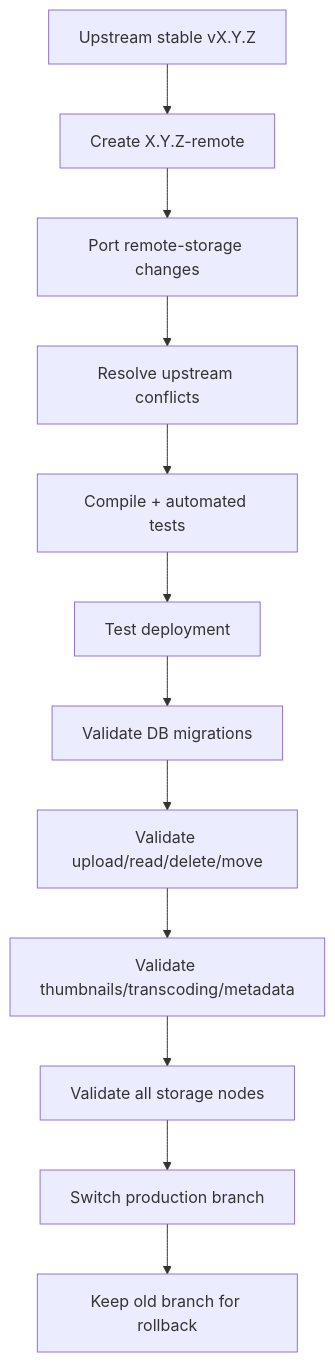
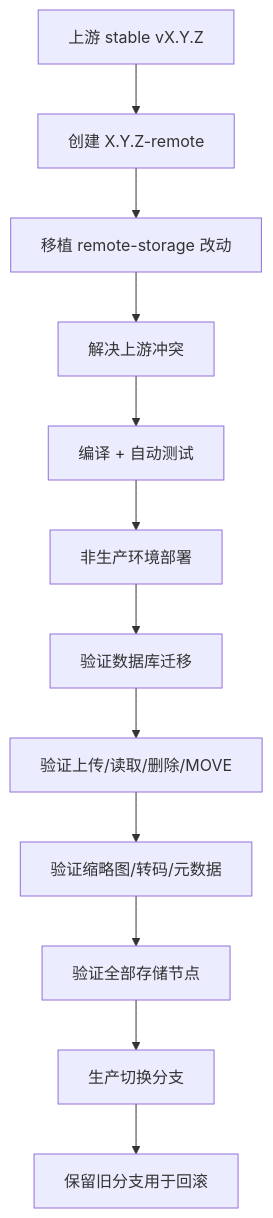
The sixth of 6 diagrams in RAILWAY_REMOTE_STORAGE.md (bowardzhang/immich), drawn with Mermaid before and after one commit. The commit also changed other lines of this file, not shown here.

Commit message:
docs: translate Railway storage guide to Chinese

````diff
--- a/RAILWAY_REMOTE_STORAGE.md
+++ b/RAILWAY_REMOTE_STORAGE.md
@@ -201,14 +218,14 @@
 ```mermaid
 flowchart TD
-    A[Upstream stable vX.Y.Z] --> B[Create X.Y.Z-remote]
-    B --> C[Port remote-storage changes]
-    C --> D[Resolve upstream conflicts]
-    D --> E[Compile + automated tests]
-    E --> F[Test deployment]
-    F --> G[Validate DB migrations]
-    G --> H[Validate upload/read/delete/move]
-    H --> I[Validate thumbnails/transcoding/metadata]
-    I --> J[Validate all storage nodes]
-    J --> K[Switch production branch]
-    K --> L[Keep old branch for rollback]
+    A[上游 stable vX.Y.Z] --> B[创建 X.Y.Z-remote]
+    B --> C[移植 remote-storage 改动]
+    C --> D[解决上游冲突]
+    D --> E[编译 + 自动测试]
+    E --> F[非生产环境部署]
+    F --> G[验证数据库迁移]
+    G --> H[验证上传/读取/删除/MOVE]
+    H --> I[验证缩略图/转码/元数据]
+    I --> J[验证全部存储节点]
+    J --> K[生产切换分支]
+    K --> L[保留旧分支用于回滚]
 ```
````
